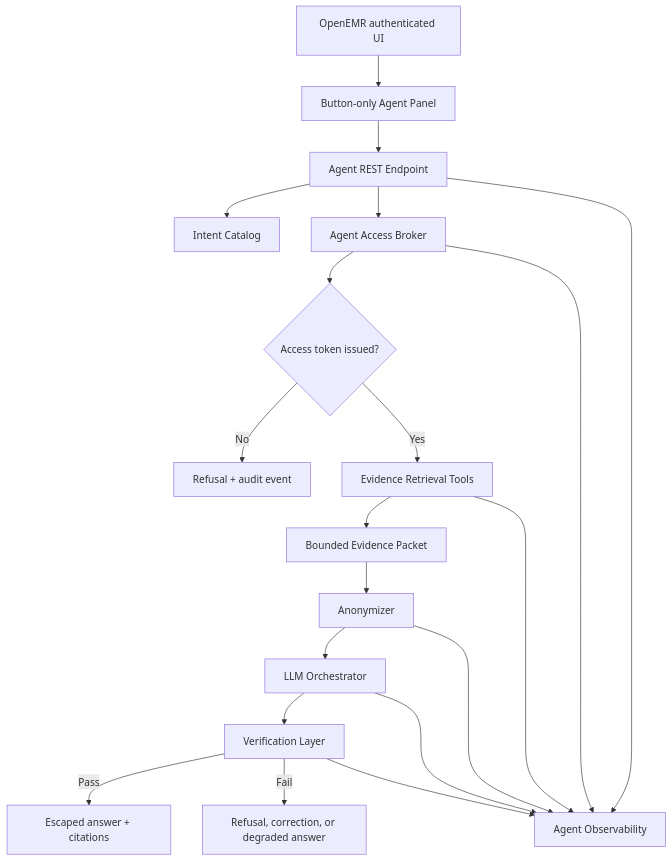
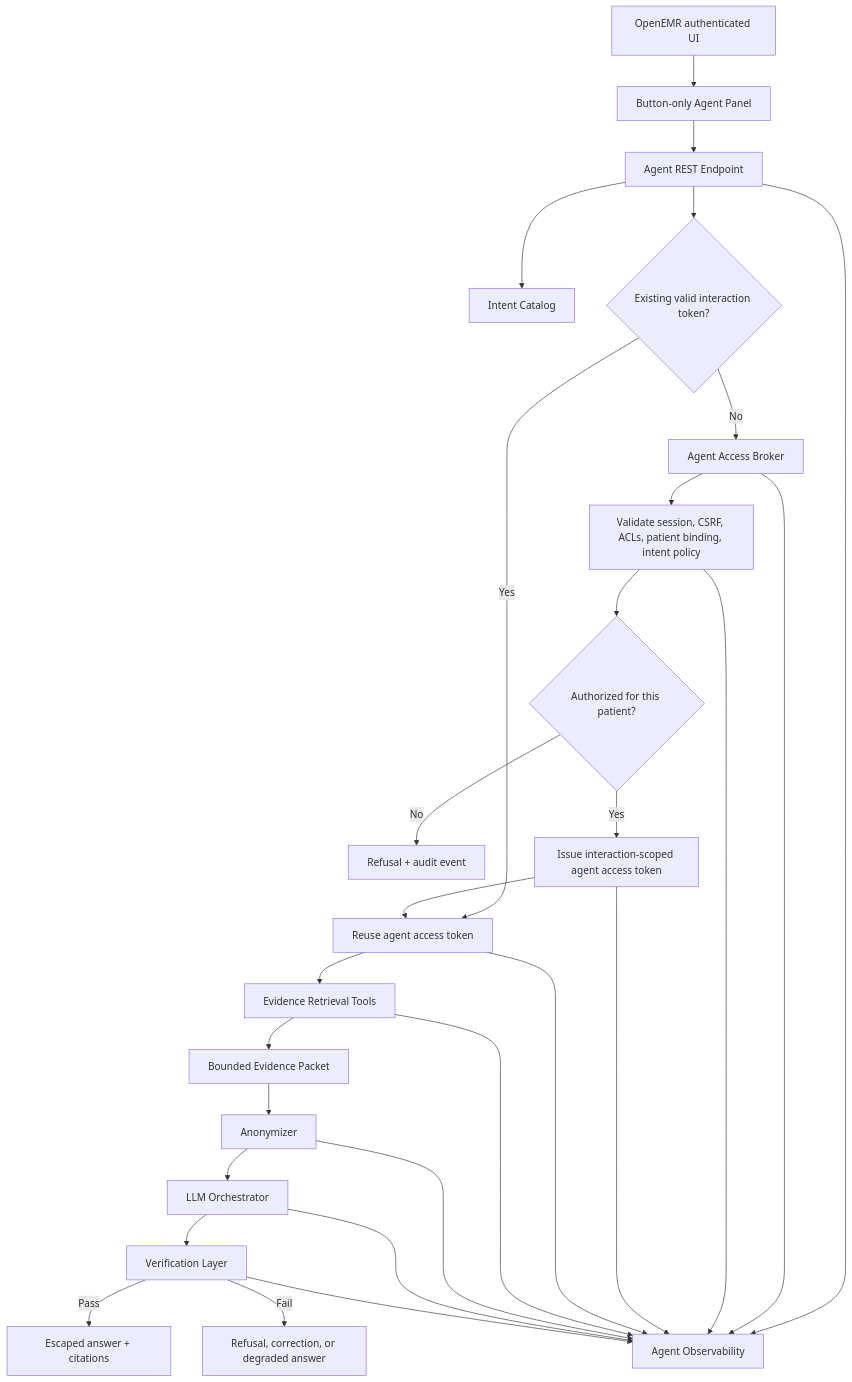
The diagram in ARCHITECTURE.md (stick109/openemr), drawn with Mermaid before and after one commit. The commit also changed other lines of this file, not shown here.

Commit message:
Show access token issuance in architecture diagram

````diff
--- a/ARCHITECTURE.md
+++ b/ARCHITECTURE.md
@@ -136,22 +136,30 @@
 ```mermaid
 flowchart TD
     A["OpenEMR authenticated UI"] --> B["Button-only Agent Panel"]
     B --> C["Agent REST Endpoint"]
     C --> D["Intent Catalog"]
-    C --> E["Agent Access Broker"]
-    E --> F{"Access token issued?"}
+    C --> P{"Existing valid interaction token?"}
+    P -->|No| E["Agent Access Broker"]
+    E --> V["Validate session, CSRF, ACLs, patient binding, intent policy"]
+    V --> F{"Authorized for this patient?"}
     F -->|No| G["Refusal + audit event"]
-    F -->|Yes| H["Evidence Retrieval Tools"]
+    F -->|Yes| T["Issue interaction-scoped agent access token"]
+    P -->|Yes| U["Reuse agent access token"]
+    T --> U
+    U --> H["Evidence Retrieval Tools"]
     H --> I["Bounded Evidence Packet"]
     I --> O["Anonymizer"]
     O --> J["LLM Orchestrator"]
     J --> K["Verification Layer"]
     K -->|Pass| L["Escaped answer + citations"]
     K -->|Fail| M["Refusal, correction, or degraded answer"]
     C --> N["Agent Observability"]
     E --> N
+    V --> N
+    T --> N
+    U --> N
     H --> N
     O --> N
     J --> N
     K --> N
 ```
````
